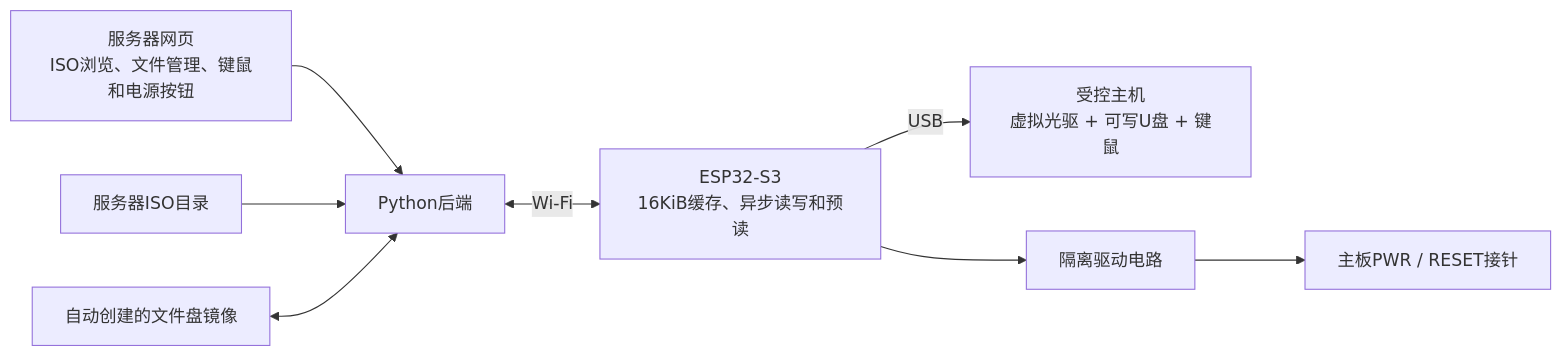
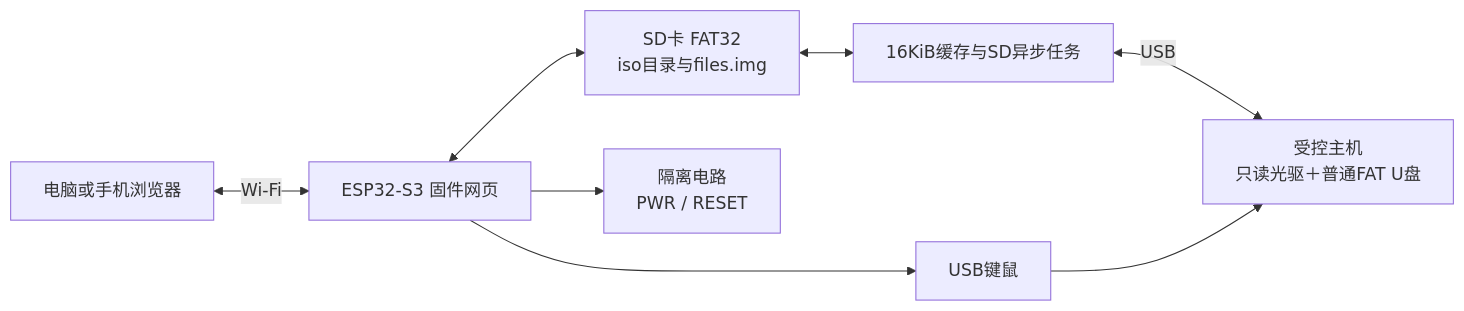
The first of 3 diagrams in README.md (kevin249/esp32-s3-wifi2kbnboot), drawn with Mermaid before and after one commit. The commit also changed other lines of this file and 42 other files, not shown here.

````diff
--- a/README.md
+++ b/README.md
@@ -12,10 +7,13 @@
 ```mermaid
 flowchart LR
-    A["服务器网页\nISO浏览、文件管理、键鼠和电源按钮"] --> B["Python后端"]
-    C["服务器ISO目录"] --> B
-    D["自动创建的文件盘镜像"] <--> B
-    B <-->|Wi-Fi| E["ESP32-S3\n16KiB缓存、异步读写和预读"]
-    E -->|USB| F["受控主机\n虚拟光驱 + 可写U盘 + 键鼠"]
-    E --> G["隔离驱动电路"]
-    G --> H["主板PWR / RESET接针"]
+    A["电脑或手机浏览器"] <-->|Wi-Fi| B["ESP32-S3 固件网页"]
+    B <--> C["SD卡 FAT32
+iso目录与files.img"]
+    C <--> D["16KiB缓存与SD异步任务"]
+    D <-->|USB| E["受控主机
+只读光驱＋普通FAT U盘"]
+    B --> F["USB键鼠"]
+    F --> E
+    B --> G["隔离电路
+PWR / RESET"]
 ```
````
